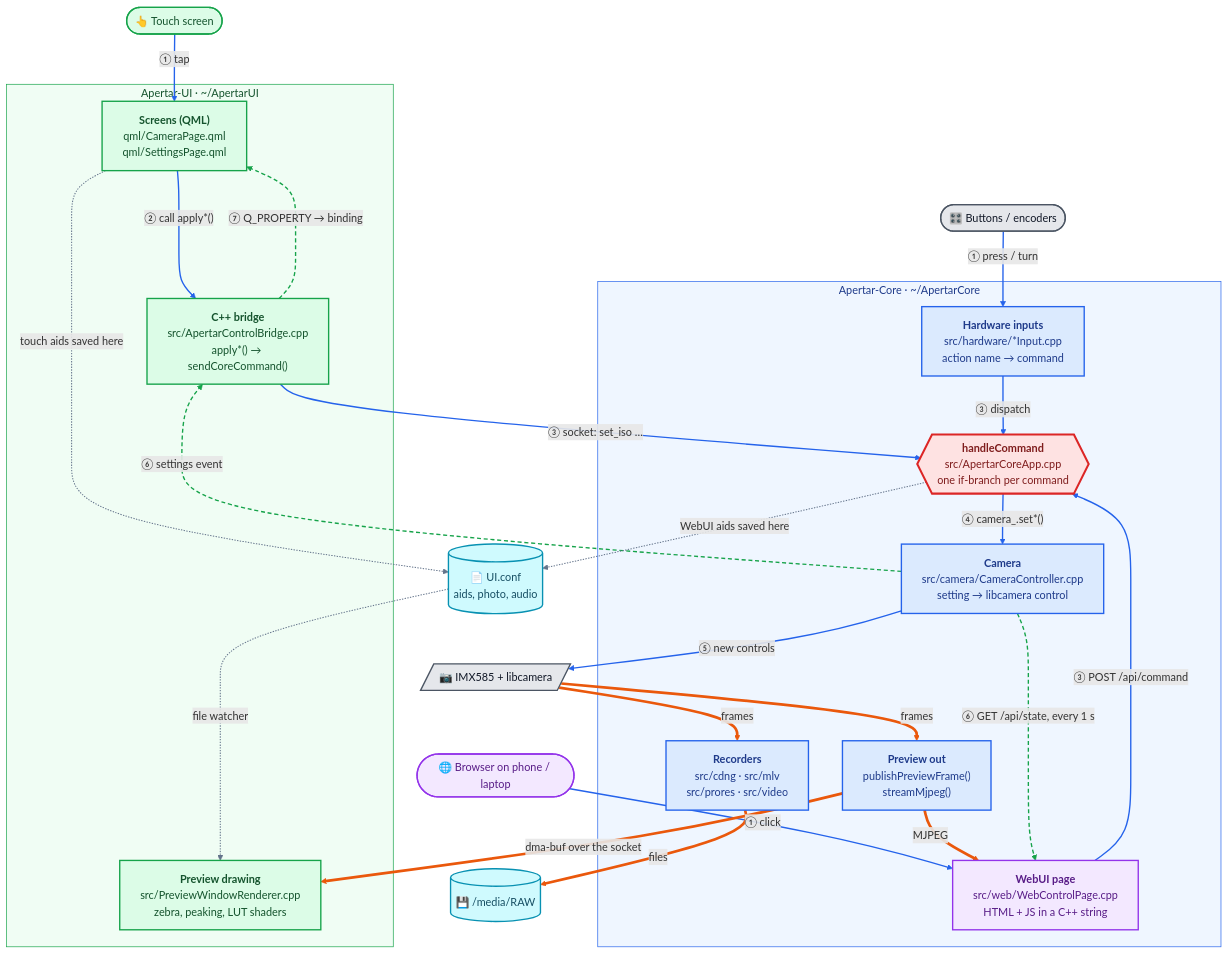
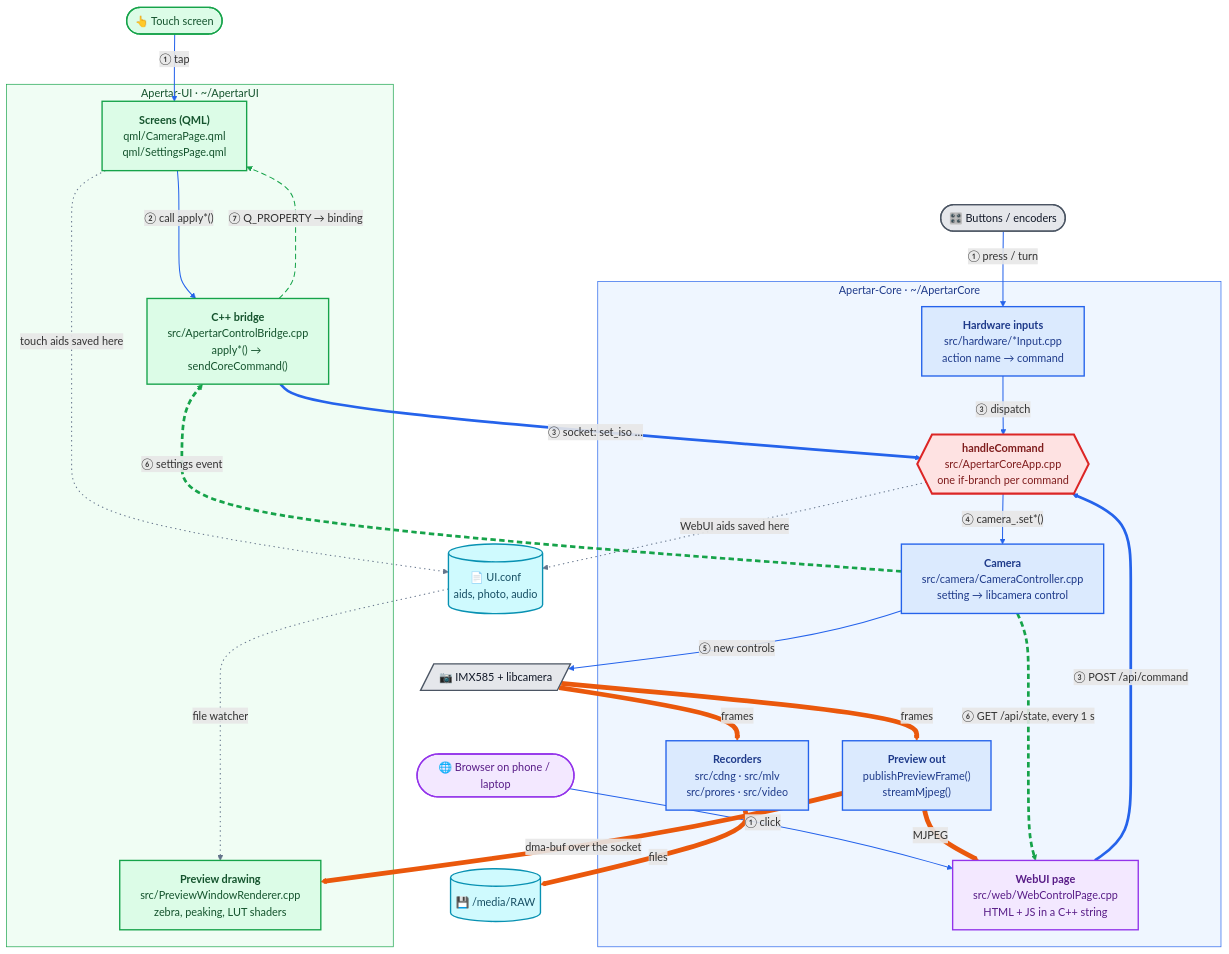
Before and after one commit to Tiramisioux/apertar-kb: the first of 4 diagrams in architecture/diagrams.md, drawn with Mermaid. The commit also changed other lines of this file, not shown here.

````diff
--- a/architecture/diagrams.md
+++ b/architecture/diagrams.md
@@ -18,69 +29,71 @@
 ```mermaid
 flowchart TB
   TOUCH(["👆 Touch screen"])
   BROWSER(["🌐 Browser on phone / laptop"])
   BTN(["🎛️ Buttons / encoders"])
   SENSOR[/"📷 IMX585 + libcamera"/]
 
   subgraph UIREPO["Apertar-UI  ·  ~/ApertarUI"]
     QML["<b>Screens (QML)</b><br/>qml/CameraPage.qml<br/>qml/SettingsPage.qml"]
     BRIDGE["<b>C++ bridge</b><br/>src/ApertarControlBridge.cpp<br/>apply*() → sendCoreCommand()"]
     RENDER["<b>Preview drawing</b><br/>src/PreviewWindowRenderer.cpp<br/>zebra, peaking, LUT shaders"]
   end
 
   subgraph COREREPO["Apertar-Core  ·  ~/ApertarCore"]
     WEBPAGE["<b>WebUI page</b><br/>src/web/WebControlPage.cpp<br/>HTML + JS in a C++ string"]
     HWIN["<b>Hardware inputs</b><br/>src/hardware/*Input.cpp<br/>action name → command"]
     HUB{{"<b>handleCommand</b><br/>src/ApertarCoreApp.cpp<br/>one if-branch per command"}}
     CAM["<b>Camera</b><br/>src/camera/CameraController.cpp<br/>setting → libcamera control"]
     RECS["<b>Recorders</b><br/>src/cdng · src/mlv<br/>src/prores · src/video"]
     PUB["<b>Preview out</b><br/>publishPreviewFrame()<br/>streamMjpeg()"]
   end
 
   DISK[("💾 /media/RAW")]
   UICONF[("📄 UI.conf<br/>aids, photo, audio")]
 
   TOUCH -- "① tap" --> QML
   QML -- "② call apply*()" --> BRIDGE
   BRIDGE -- "③ socket: set_iso …" --> HUB
   BROWSER -- "① click" --> WEBPAGE
   WEBPAGE -- "③ POST /api/command" --> HUB
   BTN -- "① press / turn" --> HWIN
   HWIN -- "③ dispatch" --> HUB
   HUB -- "④ camera_.set*()" --> CAM
   CAM -- "⑤ new controls" --> SENSOR
 
   SENSOR == "frames" ==> RECS
   RECS == "files" ==> DISK
   SENSOR == "frames" ==> PUB
   PUB == "dma-buf over the socket" ==> RENDER
   PUB == "MJPEG" ==> WEBPAGE
 
   CAM -- "⑥ settings event" ---> BRIDGE
   CAM -- "⑥ GET /api/state, every 1 s" ---> WEBPAGE
   BRIDGE -- "⑦ Q_PROPERTY → binding" ---> QML
 
   QML -. "touch aids saved here" .-> UICONF
   HUB -. "WebUI aids saved here" .-> UICONF
   UICONF -. "file watcher" .-> RENDER
 
   classDef ui fill:#dcfce7,stroke:#16a34a,color:#14532d,stroke-width:2px
   classDef core fill:#dbeafe,stroke:#2563eb,color:#1e3a8a,stroke-width:2px
   classDef web fill:#f3e8ff,stroke:#9333ea,color:#581c87,stroke-width:2px
   classDef hw fill:#e5e7eb,stroke:#4b5563,color:#111827,stroke-width:2px
   classDef file fill:#cffafe,stroke:#0891b2,color:#164e63,stroke-width:2px
   classDef hub fill:#fee2e2,stroke:#dc2626,color:#7f1d1d,stroke-width:3px
   class QML,BRIDGE,RENDER,TOUCH ui
   class CAM,RECS,PUB,HWIN core
   class WEBPAGE,BROWSER web
   class SENSOR,BTN hw
   class DISK,UICONF file
   class HUB hub
   style UIREPO fill:#f0fdf4,stroke:#16a34a,color:#14532d
   style COREREPO fill:#eff6ff,stroke:#2563eb,color:#1e3a8a
 
-  linkStyle 0,1,2,3,4,5,6,7,8 stroke:#2563eb,stroke-width:2px
-  linkStyle 9,10,11,12,13 stroke:#ea580c,stroke-width:4px
-  linkStyle 14,15,16 stroke:#16a34a,stroke-width:2px,stroke-dasharray:6 4
-  linkStyle 17,18,19 stroke:#64748b,stroke-width:1.5px
+  linkStyle 0,1,3,5,6,7,8 stroke:#2563eb,stroke-width:1.5px
+  linkStyle 2,4 stroke:#2563eb,stroke-width:4px
+  linkStyle 9,10,11,12,13 stroke:#ea580c,stroke-width:7px
+  linkStyle 16 stroke:#16a34a,stroke-width:1.5px,stroke-dasharray:8 5
+  linkStyle 14,15 stroke:#16a34a,stroke-width:4px,stroke-dasharray:8 5
+  linkStyle 17,18,19 stroke:#64748b,stroke-width:1.5px,stroke-dasharray:2 5
 ```
````
